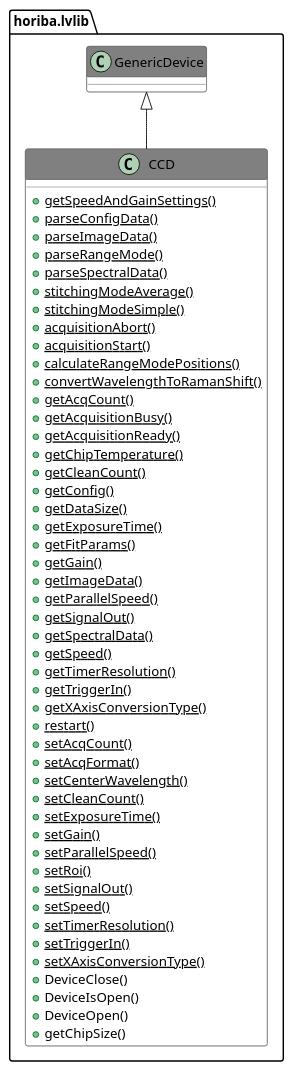
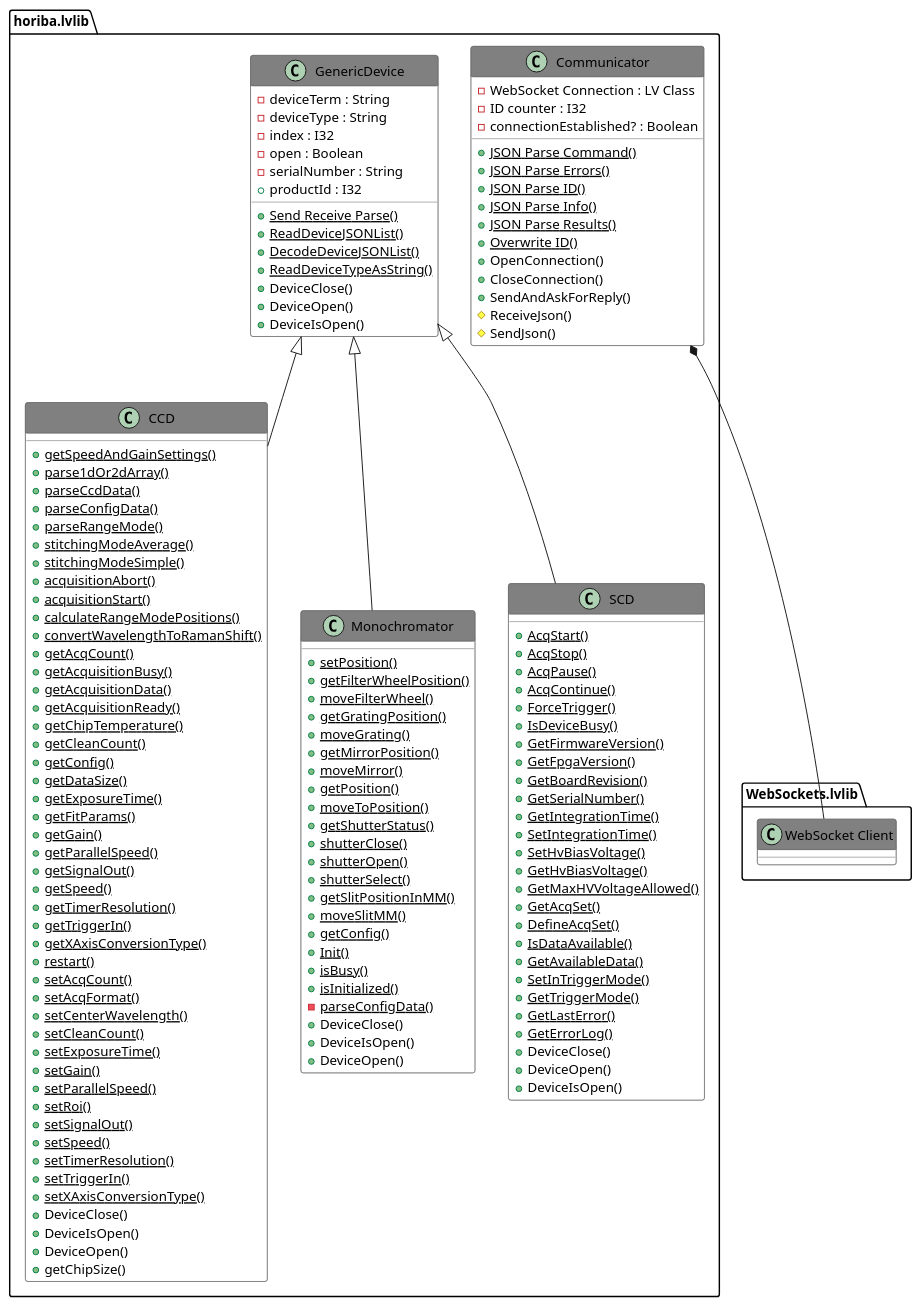
One commit to HORIBAEzSpecSDK/labview-sdk changed the diagram in docs/Includes/007.adoc. Above: the diagram before and after it, drawn with PlantUML. The commit also changed other lines of this file and 527 other files, not shown here.

```diff
--- a/docs/Includes/007.adoc
+++ b/docs/Includes/007.adoc
@@ -18,10 +35,10 @@
 skinparam top to bottom direction
 class "horiba.lvlib:CCD" {
 {static} {method} +getSpeedAndGainSettings()
+{static} {method} +parse1dOr2dArray()
+{static} {method} +parseCcdData()
 {static} {method} +parseConfigData()
-{static} {method} +parseImageData()
 {static} {method} +parseRangeMode()
-{static} {method} +parseSpectralData()
 {static} {method} +stitchingModeAverage()
 {static} {method} +stitchingModeSimple()
 {static} {method} +acquisitionAbort()
@@ -30,6 +47,7 @@
 {static} {method} +convertWavelengthToRamanShift()
 {static} {method} +getAcqCount()
 {static} {method} +getAcquisitionBusy()
+{static} {method} +getAcquisitionData()
 {static} {method} +getAcquisitionReady()
 {static} {method} +getChipTemperature()
 {static} {method} +getCleanCount()
@@ -38,10 +56,8 @@
 {static} {method} +getExposureTime()
 {static} {method} +getFitParams()
 {static} {method} +getGain()
-{static} {method} +getImageData()
 {static} {method} +getParallelSpeed()
 {static} {method} +getSignalOut()
-{static} {method} +getSpectralData()
 {static} {method} +getSpeed()
 {static} {method} +getTimerResolution()
 {static} {method} +getTriggerIn()
@@ -69,6 +85,105 @@
 "horiba.lvlib:GenericDevice" <|-- "horiba.lvlib:CCD"
 
 
+class "horiba.lvlib:Communicator" {
+{field} -WebSocket Connection : LV Class
+{field} -ID counter : I32
+{field} -connectionEstablished? : Boolean
+{static} {method} +JSON Parse Command()
+{static} {method} +JSON Parse Errors()
+{static} {method} +JSON Parse ID()
+{static} {method} +JSON Parse Info()
+{static} {method} +JSON Parse Results()
+{static} {method} +Overwrite ID()
+{method} +OpenConnection()
+{method} +CloseConnection()
+{method} +SendAndAskForReply()
+{method} #ReceiveJson()
+{method} #SendJson()
+
+}
+"horiba.lvlib:Communicator" *-- "WebSockets.lvlib:WebSocket Client"
+
+
+class "horiba.lvlib:GenericDevice" {
+{field} -deviceTerm : String
+{field} -deviceType : String
+{field} -index : I32
+{field} -open : Boolean
+{field} -serialNumber : String
+{field} +productId : I32
+{static} {method} +Send Receive Parse()
+{static} {method} +ReadDeviceJSONList()
+{static} {method} +DecodeDeviceJSONList()
+{static} {method} +ReadDeviceTypeAsString()
+{method} +DeviceClose()
+{method} +DeviceOpen()
+{method} +DeviceIsOpen()
+
+}
+
+
+class "horiba.lvlib:Monochromator" {
+{static} {method} +setPosition()
+{static} {method} +getFilterWheelPosition()
+{static} {method} +moveFilterWheel()
+{static} {method} +getGratingPosition()
+{static} {method} +moveGrating()
+{static} {method} +getMirrorPosition()
+{static} {method} +moveMirror()
+{static} {method} +getPosition()
+{static} {method} +moveToPosition()
+{static} {method} +getShutterStatus()
+{static} {method} +shutterClose()
+{static} {method} +shutterOpen()
+{static} {method} +shutterSelect()
+{static} {method} +getSlitPositionInMM()
+{static} {method} +moveSlitMM()
+{static} {method} +getConfig()
+{static} {method} +Init()
+{static} {method} +isBusy()
+{static} {method} +isInitialized()
+{static} {method} -parseConfigData()
+{method} +DeviceClose()
+{method} +DeviceIsOpen()
+{method} +DeviceOpen()
+
+}
+"horiba.lvlib:GenericDevice" <|-- "horiba.lvlib:Monochromator"
+
+
+class "horiba.lvlib:SCD" {
+{static} {method} +AcqStart()
+{static} {method} +AcqStop()
+{static} {method} +AcqPause()
+{static} {method} +AcqContinue()
+{static} {method} +ForceTrigger()
+{static} {method} +IsDeviceBusy()
+{static} {method} +GetFirmwareVersion()
+{static} {method} +GetFpgaVersion()
+{static} {method} +GetBoardRevision()
+{static} {method} +GetSerialNumber()
+{static} {method} +GetIntegrationTime()
+{static} {method} +SetIntegrationTime()
+{static} {method} +SetHvBiasVoltage()
+{static} {method} +GetHvBiasVoltage()
+{static} {method} +GetMaxHVVoltageAllowed()
+{static} {method} +GetAcqSet()
+{static} {method} +DefineAcqSet()
+{static} {method} +IsDataAvailable()
+{static} {method} +GetAvailableData()
+{static} {method} +SetInTriggerMode()
+{static} {method} +GetTriggerMode()
+{static} {method} +GetLastError()
+{static} {method} +GetErrorLog()
+{method} +DeviceClose()
+{method} +DeviceOpen()
+{method} +DeviceIsOpen()
+
+}
+"horiba.lvlib:GenericDevice" <|-- "horiba.lvlib:SCD"
+
+
 
 @enduml
 ....
```
